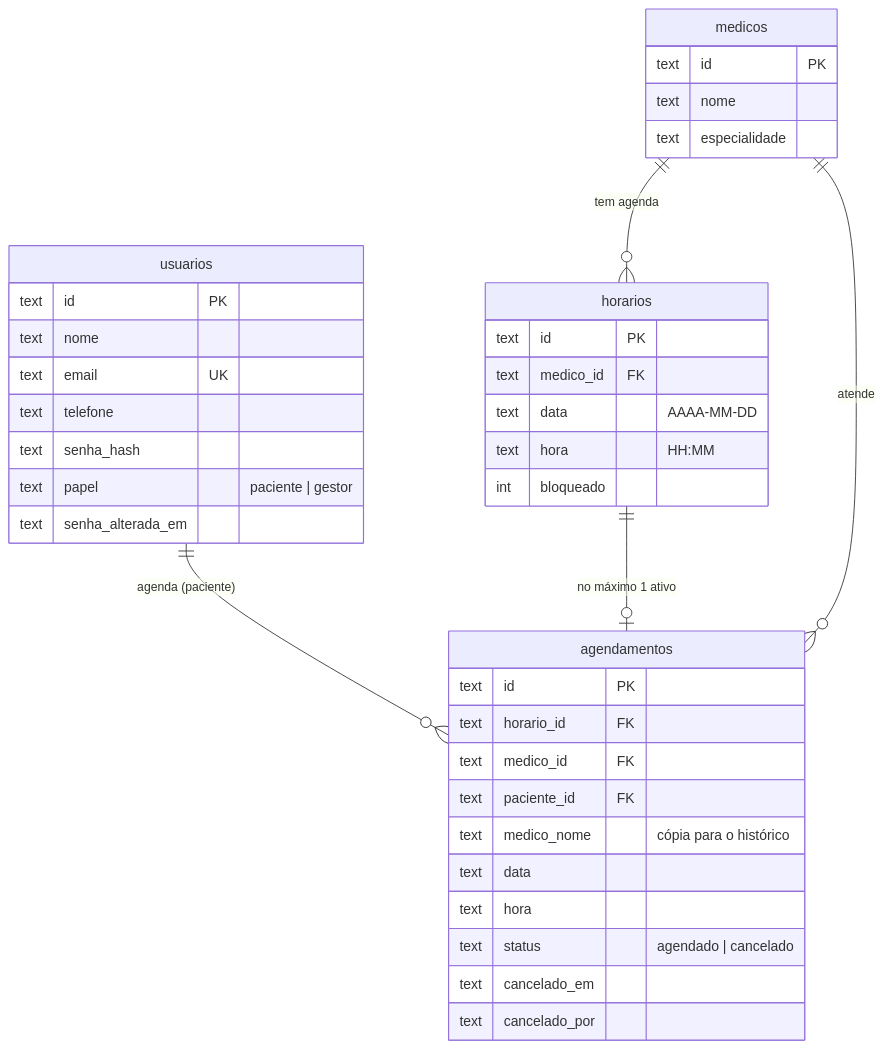
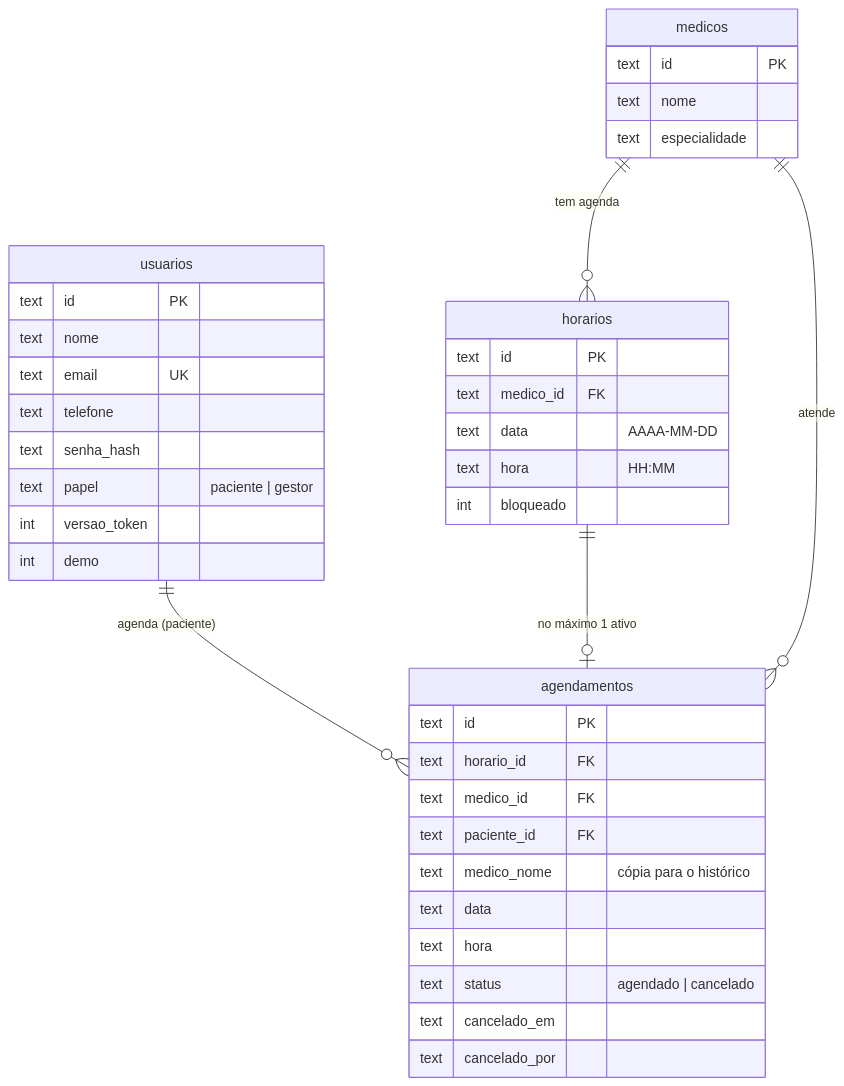
The second of 2 diagrams in docs/05-Arquitetura da Solução.md (jeffersonluizm/markaqui), drawn with Mermaid before and after one commit. The commit also changed other lines of this file and 5 other files, not shown here.

````diff
--- a/docs/05-Arquitetura da Solução.md
+++ b/docs/05-Arquitetura da Solução.md
@@ -54,40 +56,41 @@
 ```mermaid
 erDiagram
   usuarios ||--o{ agendamentos : "agenda (paciente)"
   medicos ||--o{ horarios : "tem agenda"
   horarios ||--o| agendamentos : "no máximo 1 ativo"
   medicos ||--o{ agendamentos : "atende"
   usuarios {
     text id PK
     text nome
     text email UK
     text telefone
     text senha_hash
     text papel "paciente | gestor"
-    text senha_alterada_em
+    int versao_token
+    int demo
   }
   medicos {
     text id PK
     text nome
     text especialidade
   }
   horarios {
     text id PK
     text medico_id FK
     text data "AAAA-MM-DD"
     text hora "HH:MM"
     int bloqueado
   }
   agendamentos {
     text id PK
     text horario_id FK
     text medico_id FK
     text paciente_id FK
     text medico_nome "cópia para o histórico"
     text data
     text hora
     text status "agendado | cancelado"
     text cancelado_em
     text cancelado_por
   }
 ```
````
